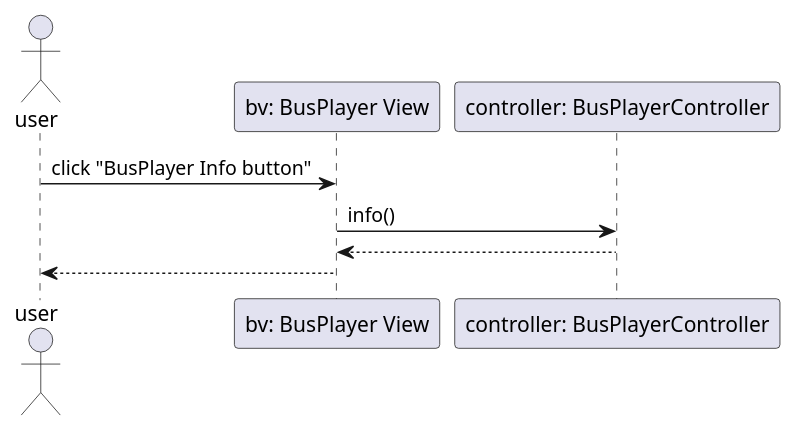
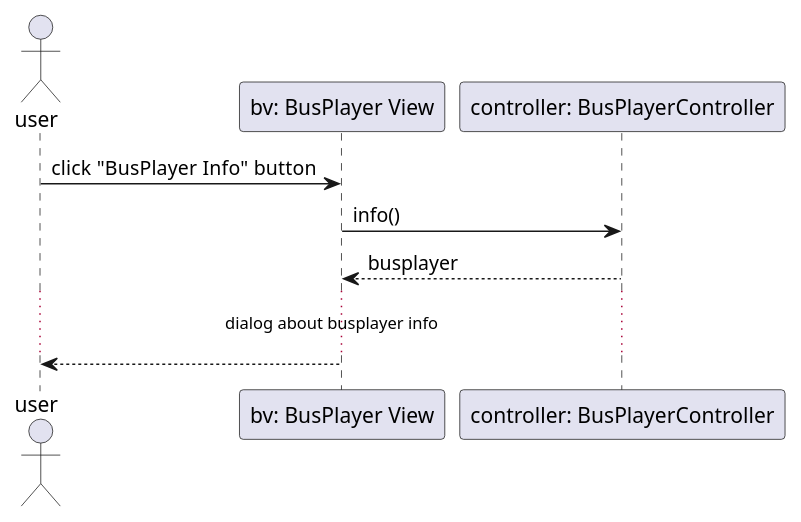
Before and after one commit to uhrinandor/spring: the diagram in docs/graphics/sequence/busplayer/busInfoPlayer.plantuml, drawn with PlantUML. The commit also changed 7 other files, not shown here.

```diff
--- a/docs/graphics/sequence/busplayer/busInfoPlayer.plantuml
+++ b/docs/graphics/sequence/busplayer/busInfoPlayer.plantuml
@@ -1,12 +1,13 @@
 @startuml
 
 actor "user" as user
 participant "bv: BusPlayer View" as sppv
 participant "controller: BusPlayerController" as controller
 
-user -> sppv: click "BusPlayer Info button"
+user -> sppv: click "BusPlayer Info"  button
 sppv -> controller: info()
-controller --> sppv:
+controller --> sppv: busplayer
+... dialog about busplayer info ...
 sppv --> user:
 
 @enduml
```
